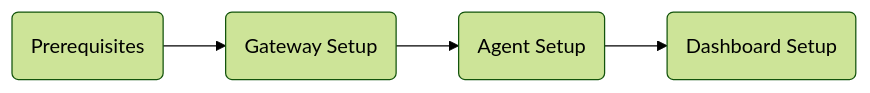
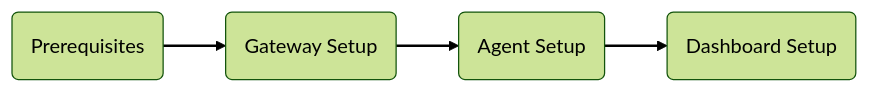
One commit to senecaxconnect/xconnect_docs changed the diagram in docs/Getting_Started.md. Above: the diagram before and after it, drawn with Mermaid (forest theme). The commit also changed 10 other files, not shown here.

````diff
--- a/docs/Getting_Started.md
+++ b/docs/Getting_Started.md
@@ -8,6 +8,7 @@
 ```mermaid
       graph LR
           A(Prerequisites) --> B(Gateway Setup)
           B -->C(Agent Setup)
           C -->D(Dashboard Setup);
+          linkStyle default stroke-width:2px,fill:none,stroke:black;
 ```
````
